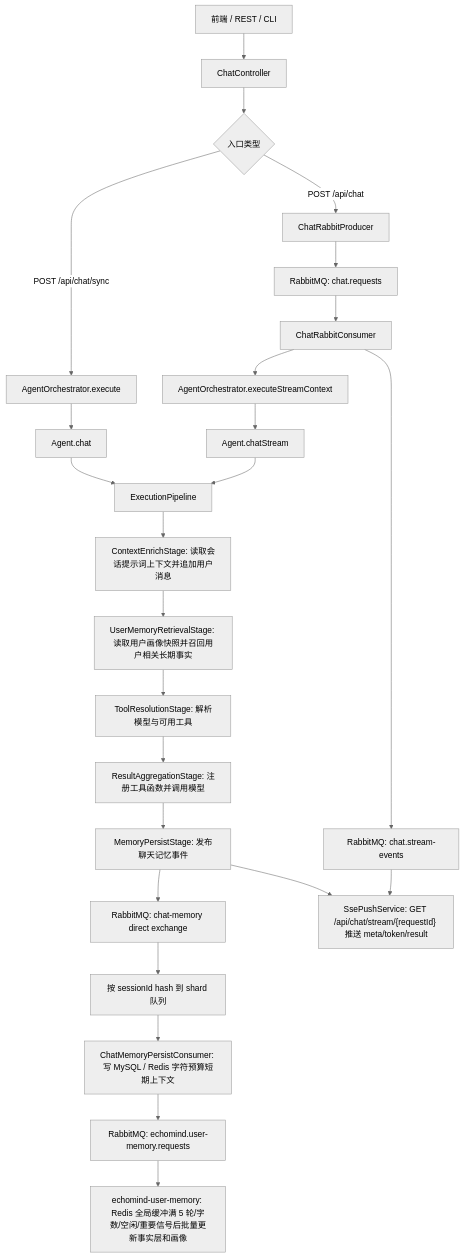
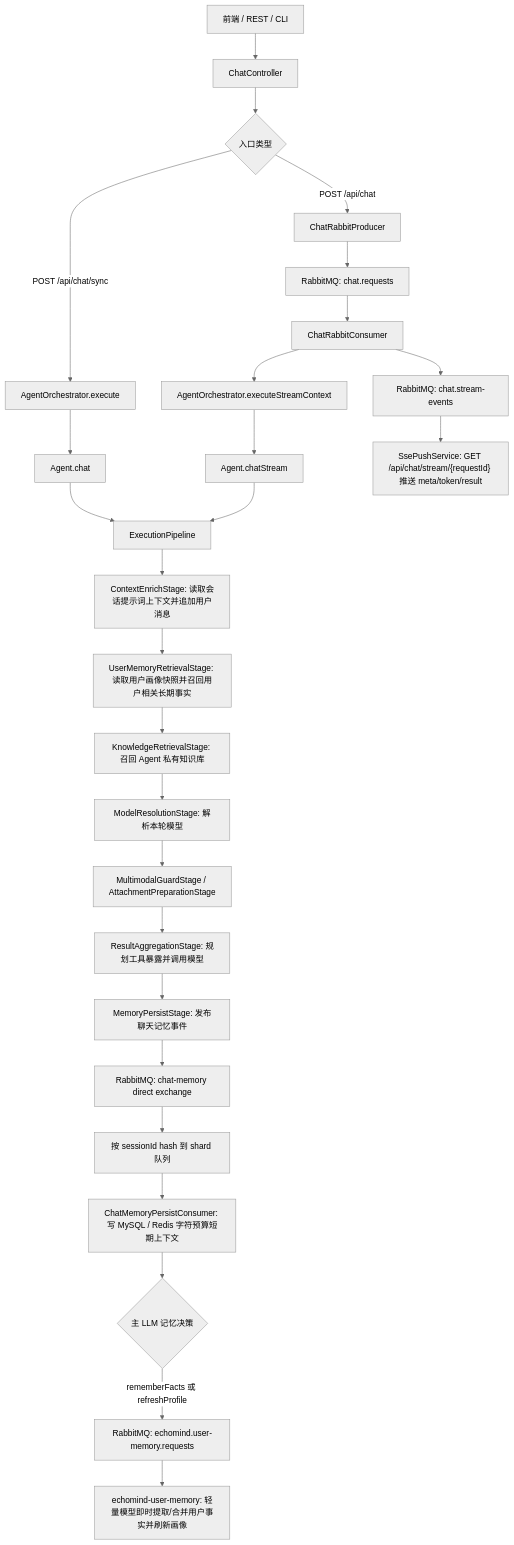
The third of 5 diagrams in README.md (kaiyue-ai/EchoMind), drawn with Mermaid (neutral theme) before and after one commit. The commit also changed other lines of this file and 2321 other files, not shown here.

````diff
--- a/README.md
+++ b/README.md
@@ -109,27 +167,29 @@
 ```mermaid
 flowchart TD
     A["前端 / REST / CLI"] --> B["ChatController"]
     B --> C{"入口类型"}
     C -->|"POST /api/chat/sync"| D["AgentOrchestrator.execute"]
     C -->|"POST /api/chat"| E["ChatRabbitProducer"]
     E --> F["RabbitMQ: chat.requests"]
     F --> G["ChatRabbitConsumer"]
     G --> H["AgentOrchestrator.executeStreamContext"]
     D --> I["Agent.chat"]
     H --> J["Agent.chatStream"]
     I --> K["ExecutionPipeline"]
     J --> K
     K --> L["ContextEnrichStage: 读取会话提示词上下文并追加用户消息"]
     L --> U["UserMemoryRetrievalStage: 读取用户画像快照并召回用户相关长期事实"]
-    U --> M["ToolResolutionStage: 解析模型与可用工具"]
-    M --> O["ResultAggregationStage: 注册工具函数并调用模型"]
+    U --> N["KnowledgeRetrievalStage: 召回 Agent 私有知识库"]
+    N --> M["ModelResolutionStage: 解析本轮模型"]
+    M --> MM["MultimodalGuardStage / AttachmentPreparationStage"]
+    MM --> O["ResultAggregationStage: 规划工具暴露并调用模型"]
     O --> P["MemoryPersistStage: 发布聊天记忆事件"]
     P --> V["RabbitMQ: chat-memory direct exchange"]
     V --> W["按 sessionId hash 到 shard 队列"]
     W --> X["ChatMemoryPersistConsumer: 写 MySQL / Redis 字符预算短期上下文"]
-    X --> R["RabbitMQ: echomind.user-memory.requests"]
-    R --> S["echomind-user-memory: Redis 全局缓冲满 5 轮/字数/空闲/重要信号后批量更新事实层和画像"]
+    X --> R{"主 LLM 记忆决策"}
+    R -->|"rememberFacts 或 refreshProfile"| S["RabbitMQ: echomind.user-memory.requests"]
+    S --> Y["echomind-user-memory: 轻量模型即时提取/合并用户事实并刷新画像"]
     G --> T["RabbitMQ: chat.stream-events"]
     T --> Q["SsePushService: GET /api/chat/stream/{requestId} 推送 meta/token/result"]
-    P --> Q
 ```
````
